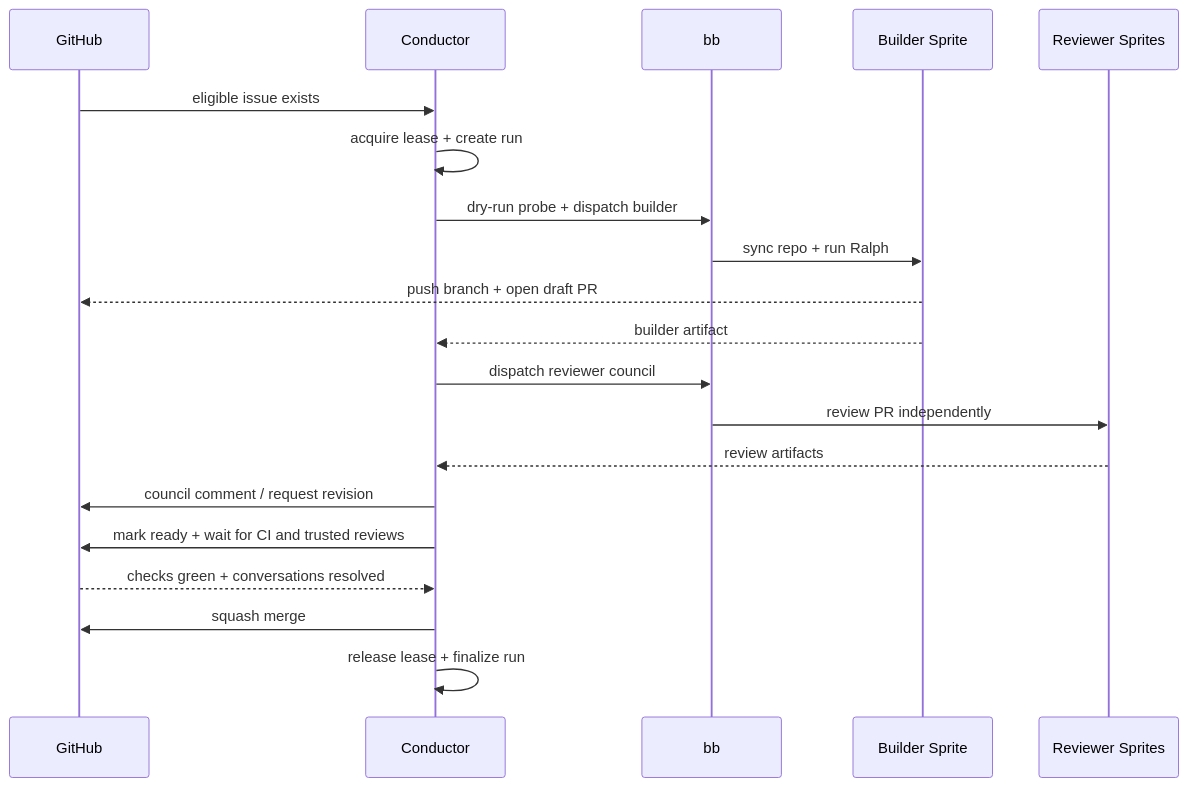
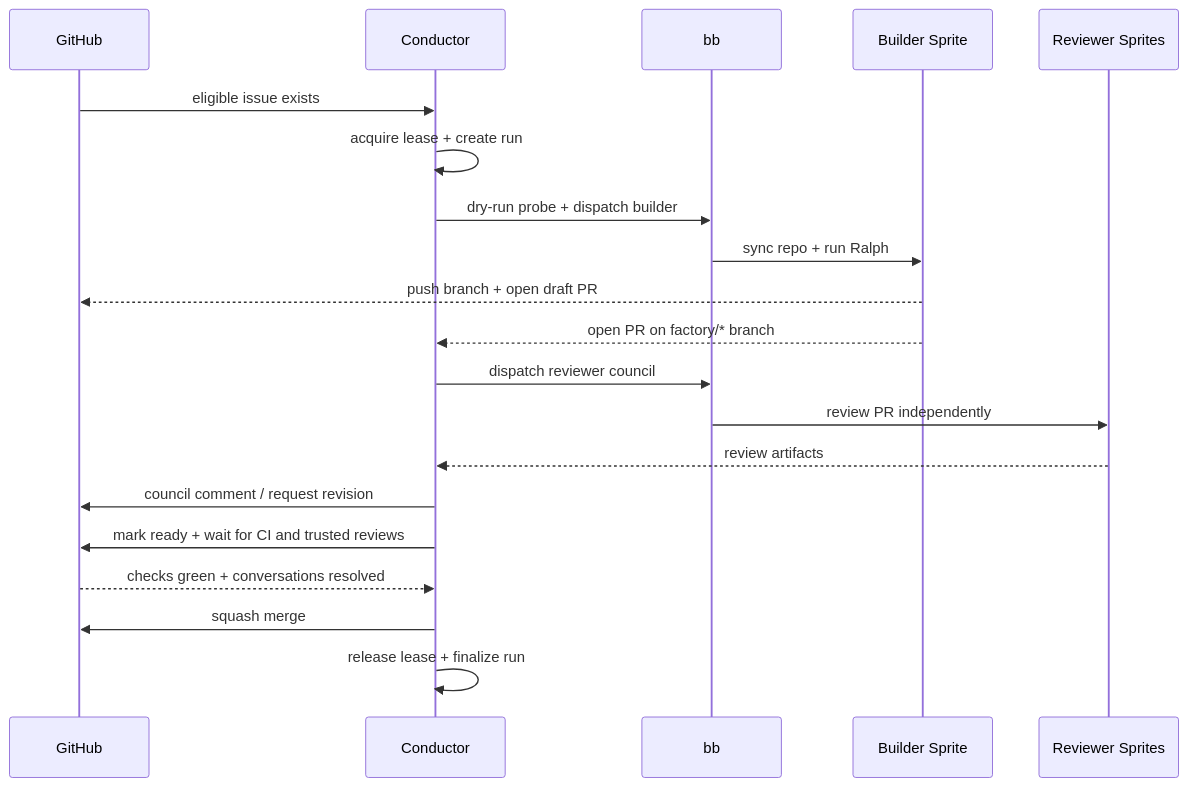
The diagram in docs/CODEBASE_MAP.md (misty-step/bitterblossom), drawn with Mermaid before and after one commit. The commit also changed other lines of this file and 3 other files, not shown here.

````diff
--- a/docs/CODEBASE_MAP.md
+++ b/docs/CODEBASE_MAP.md
@@ -25,23 +25,23 @@
 ```mermaid
 sequenceDiagram
     participant GH as GitHub
     participant C as Conductor
     participant BB as bb
     participant W as Builder Sprite
     participant R as Reviewer Sprites
 
     GH->>C: eligible issue exists
     C->>C: acquire lease + create run
     C->>BB: dry-run probe + dispatch builder
     BB->>W: sync repo + run Ralph
     W-->>GH: push branch + open draft PR
-    W-->>C: builder artifact
+    W-->>C: open PR on factory/* branch
     C->>BB: dispatch reviewer council
     BB->>R: review PR independently
     R-->>C: review artifacts
     C->>GH: council comment / request revision
     C->>GH: mark ready + wait for CI and trusted reviews
     GH-->>C: checks green + conversations resolved
     C->>GH: squash merge
     C->>C: release lease + finalize run
 ```
````
